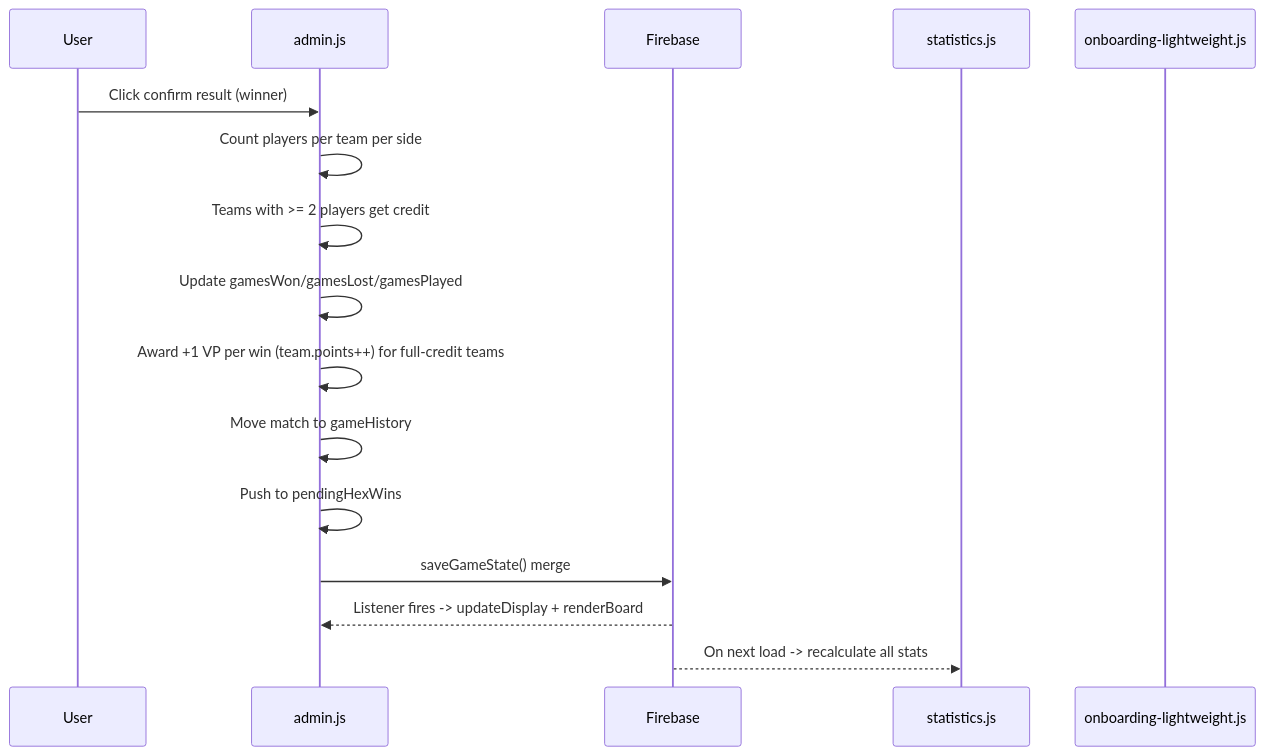
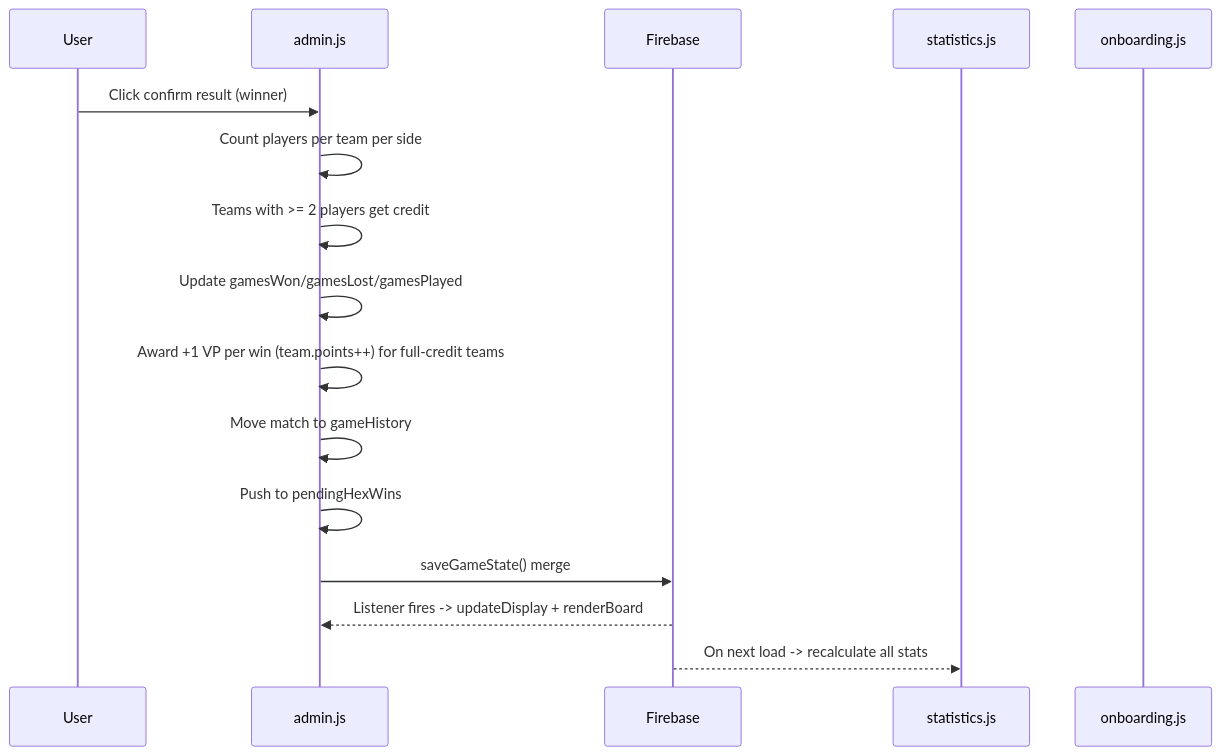
One commit to LNiitlahti/BoardGame changed the second of 5 diagrams in BoardGame/docs/architecture/cross-system.md. Above: the diagram before and after it, drawn with Mermaid. The commit also changed other lines of this file and 11 other files, not shown here.

````diff
--- a/BoardGame/docs/architecture/cross-system.md
+++ b/BoardGame/docs/architecture/cross-system.md
@@ -39,19 +39,19 @@
 ```mermaid
 sequenceDiagram
     participant User
     participant Admin as admin.js
     participant FB as Firebase
     participant Stats as statistics.js
-    participant OB as onboarding-lightweight.js
+    participant OB as onboarding.js
 
     User->>Admin: Click confirm result (winner)
     Admin->>Admin: Count players per team per side
     Admin->>Admin: Teams with >= 2 players get credit
     Admin->>Admin: Update gamesWon/gamesLost/gamesPlayed
     Admin->>Admin: Award +1 VP per win (team.points++) for full-credit teams
     Admin->>Admin: Move match to gameHistory
     Admin->>Admin: Push to pendingHexWins
     Admin->>FB: saveGameState() merge
     FB-->>Admin: Listener fires -> updateDisplay + renderBoard
     FB-->>Stats: On next load -> recalculate all stats
 ```
````
